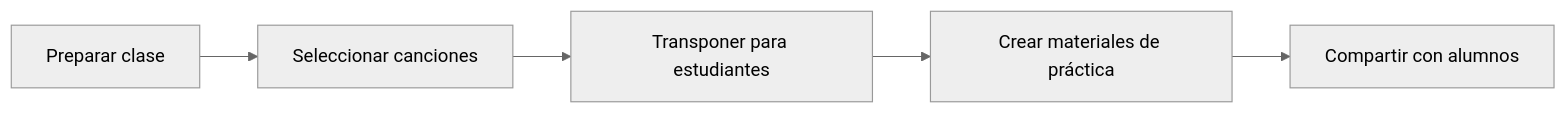
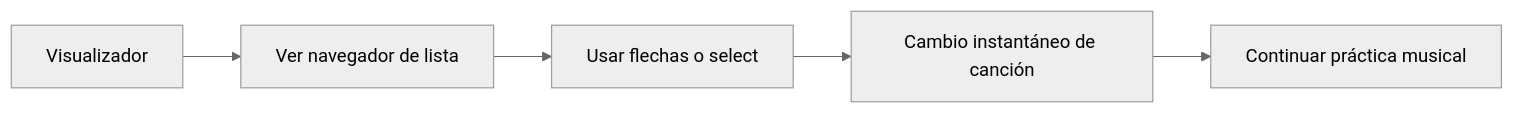
The third of 4 diagrams in README.md (alejandrobavaro/formateo-de-chords), drawn with Mermaid (neutral theme) before and after one commit. The commit also changed other lines of this file and 41 other files, not shown here.

````diff
--- a/README.md
+++ b/README.md
@@ -253,7 +189,7 @@
 ```mermaid
 graph LR
-    A[Preparar clase] --> B[Seleccionar canciones];
-    B --> C[Transponer para estudiantes];
-    C --> D[Crear materiales de práctica];
-    D --> E[Compartir con alumnos];
+    A[Visualizador] --> B[Ver navegador de lista]
+    B --> C[Usar flechas o select]
+    C --> D[Cambio instantáneo de canción]
+    D --> E[Continuar práctica musical]
 ```
````
